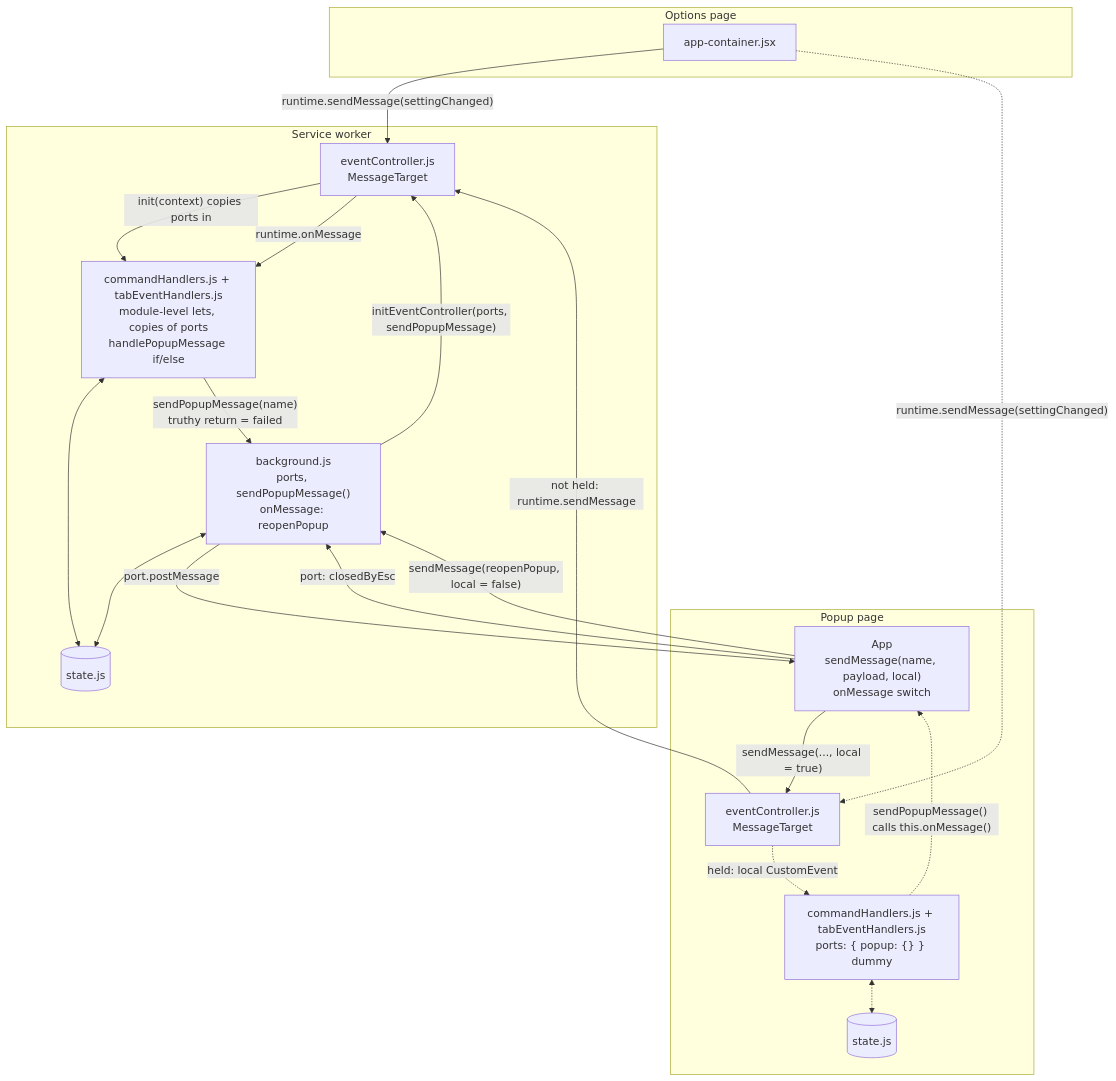
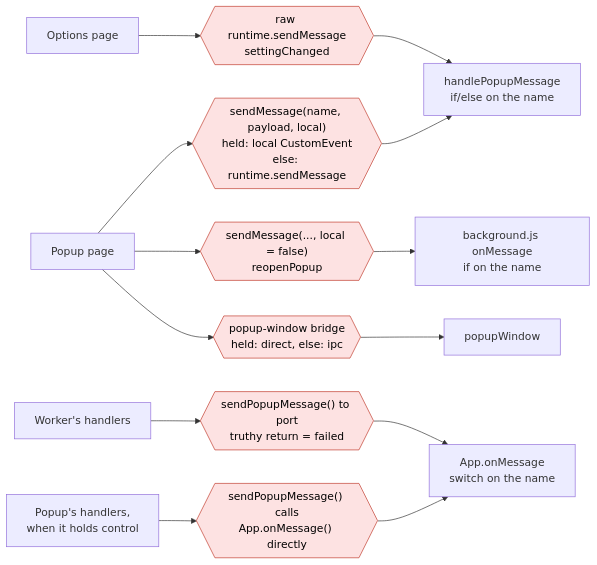
The first of 2 diagrams in controller-refactor-plan.md (fwextensions/QuicKey), drawn with Mermaid before and after one commit. The commit also changed other lines of this file, not shown here.

First line of the commit message:
Diagram the refactor by connection type instead of by module

````diff
--- a/controller-refactor-plan.md
+++ b/controller-refactor-plan.md
@@ -65,39 +74,29 @@
 ```mermaid
-flowchart TB
-    subgraph Options["Options page"]
-        OPT["app-container.jsx"]
-    end
+flowchart LR
+    APP["Popup page"]
+    OPT["Options page"]
+    CW["Worker's handlers"]
+    CP["Popup's handlers,<br/>when it holds control"]
 
-    subgraph Worker["Service worker"]
-        BG["background.js<br/>ports, sendPopupMessage()<br/>onMessage: reopenPopup"]
-        EC_W["eventController.js<br/>MessageTarget"]
-        H_W["commandHandlers.js + tabEventHandlers.js<br/>module-level lets, copies of ports<br/>handlePopupMessage if/else"]
-        ST_W[("state.js")]
-    end
+    M1{{"sendMessage(name, payload, local)<br/>held: local CustomEvent<br/>else: runtime.sendMessage"}}
+    M2{{"raw runtime.sendMessage<br/>settingChanged"}}
+    M3{{"sendMessage(..., local = false)<br/>reopenPopup"}}
+    M4{{"sendPopupMessage() to port<br/>truthy return = failed"}}
+    M5{{"sendPopupMessage() calls<br/>App.onMessage() directly"}}
+    M6{{"popup-window bridge<br/>held: direct, else: ipc"}}
 
-    subgraph Popup["Popup page"]
-        APP["App<br/>sendMessage(name, payload, local)<br/>onMessage switch"]
-        EC_P["eventController.js<br/>MessageTarget"]
-        H_P["commandHandlers.js + tabEventHandlers.js<br/>ports: { popup: {} } dummy"]
-        ST_P[("state.js")]
-    end
+    R1["handlePopupMessage<br/>if/else on the name"]
+    R2["background.js onMessage<br/>if on the name"]
+    R3["App.onMessage<br/>switch on the name"]
+    R4["popupWindow"]
 
-    BG -- "initEventController(ports, sendPopupMessage)" --> EC_W
-    EC_W -- "init(context) copies ports in" --> H_W
-    H_W <--> ST_W
-    BG <--> ST_W
-    H_W -- "sendPopupMessage(name)<br/>truthy return = failed" --> BG
-    BG -- "port.postMessage" --> APP
-    APP -- "port: closedByEsc" --> BG
+    APP --> M1 --> R1
+    OPT --> M2 --> R1
+    APP --> M3 --> R2
+    CW --> M4 --> R3
+    CP --> M5 --> R3
+    APP --> M6 --> R4
 
-    APP -- "sendMessage(..., local = true)" --> EC_P
-    EC_P -- "not held: runtime.sendMessage" --> EC_W
-    EC_W -- "runtime.onMessage" --> H_W
-    APP -- "sendMessage(reopenPopup, local = false)" --> BG
-    OPT -- "runtime.sendMessage(settingChanged)" --> EC_W
-
-    EC_P -. "held: local CustomEvent" .-> H_P
-    OPT -. "runtime.sendMessage(settingChanged)" .-> EC_P
-    H_P -. "sendPopupMessage() calls this.onMessage()" .-> APP
-    H_P <-.-> ST_P
+    classDef mechanism fill:#fde2e2,stroke:#c0392b,color:#000
+    class M1,M2,M3,M4,M5,M6 mechanism
 ```
````
